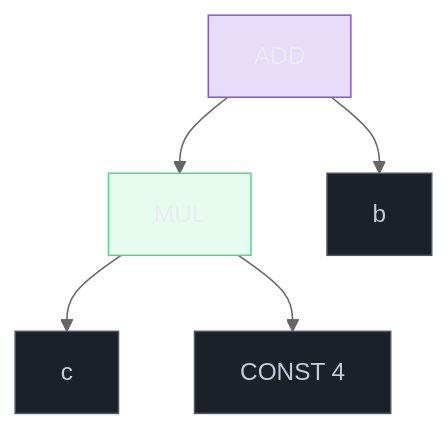
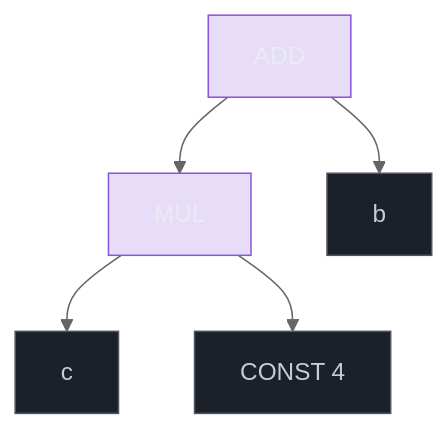
Before and after one commit to josenaldo/codex-technomanticus: the second of 7 diagrams in 03-Dominios/Ciência/Compiladores e Linguagens/13 - Geração de código e seleção de instruções.md, drawn with Mermaid (neutral theme). The commit also changed 601 other files, not shown here.

````diff
--- a/03-Dominios/Ciência/Compiladores e Linguagens/13 - Geração de código e seleção de instruções.md
+++ b/03-Dominios/Ciência/Compiladores e Linguagens/13 - Geração de código e seleção de instruções.md
@@ -61,16 +61,15 @@
 ```mermaid
 graph TD
     classDef marca fill:#8855DF33,stroke:#8855DF,color:#E9ECF2
-    classDef ok fill:#4ADE8021,stroke:#4ADE80,color:#E9ECF2
     classDef neutro fill:#1B2029,stroke:#4E5666,color:#C6CCD8
     ADD["ADD"] --> MUL["MUL"]
     ADD --> b["b"]
     MUL --> c["c"]
     MUL --> CONST4["CONST 4"]
 
     class ADD marca
-    class MUL ok
+    class MUL marca
     class b neutro
     class c neutro
     class CONST4 neutro
 ```
````
